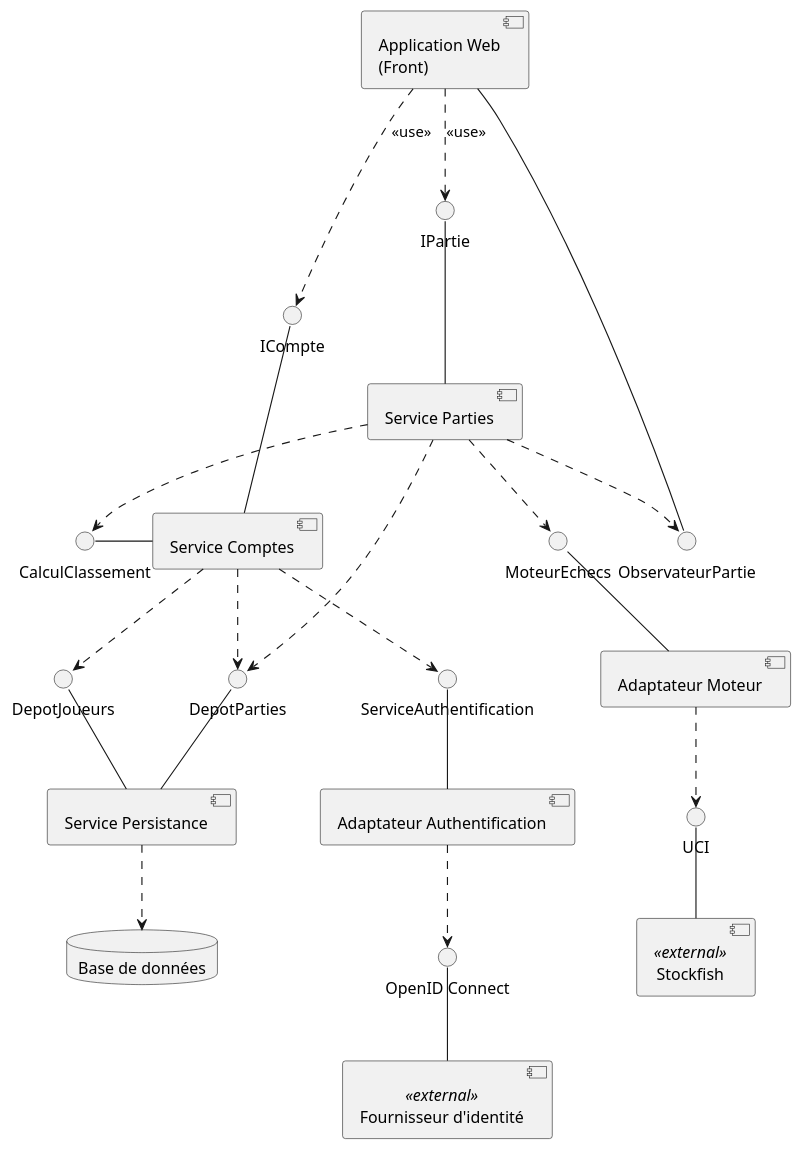
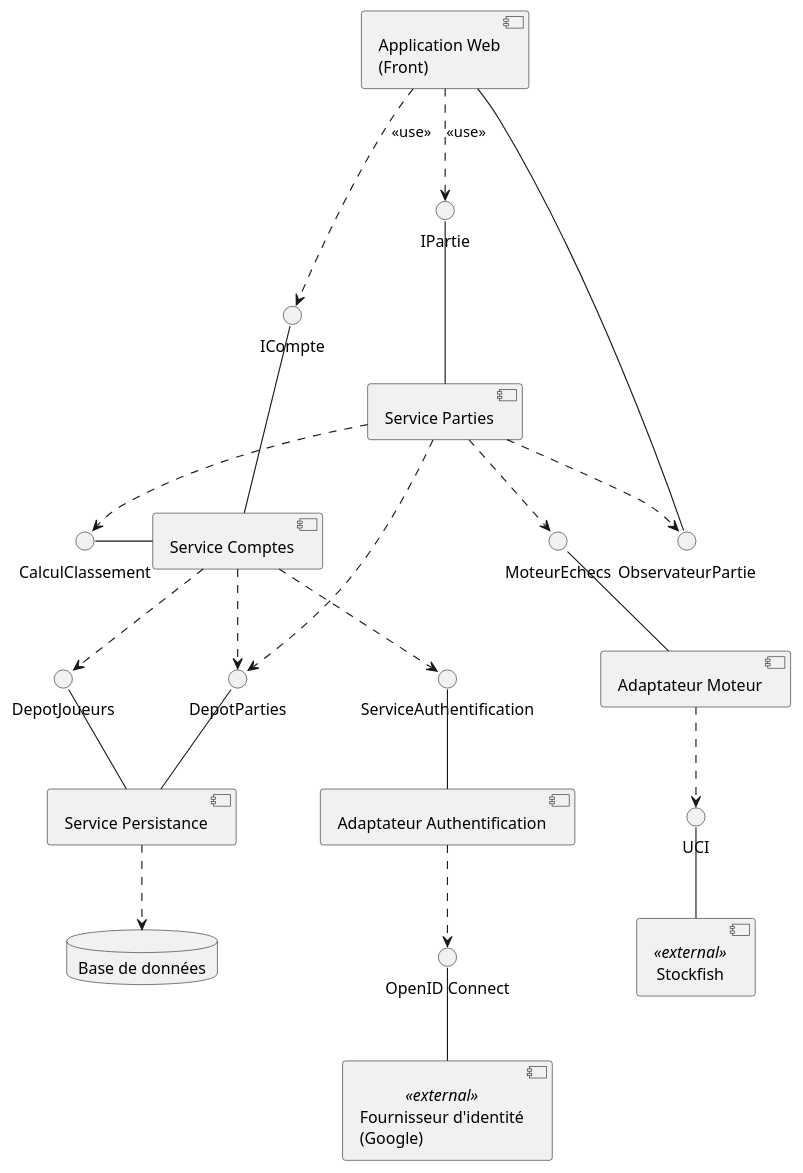
Before and after one commit to kevinBissouth/projet_echecs_tic315: the diagram in diagrams/composants-architecture.puml, drawn with PlantUML. The commit also changed 13 other files, not shown here.

Commit message:
docs: add the administrator role and google to the diagrams

```diff
--- a/diagrams/composants-architecture.puml
+++ b/diagrams/composants-architecture.puml
@@ -1,62 +1,62 @@
 @startuml composants-architecture
 ' Diagramme de composants (jalon J5), sur le modèle de la figure 12 du cours : des
 ' services qui se décrivent par leurs interfaces.
 ' Interface fournie : trait plein vers l'interface. Interface requise : flèche
 ' pointillée vers l'interface. Les dépendances entre composants passent par des
 ' interfaces, jamais par des classes internes (cours, §2.4.2).
 ' ObservateurPartie est le patron Observateur demandé par le sujet : ce sont les écrans
 ' des deux joueurs de la partie. Le système ne gère pas de spectateurs.
 
 skinparam componentStyle uml2
 skinparam nodesep 50
 skinparam ranksep 55
 
 component "Application Web\n(Front)" as Front
 component "Service Parties" as ServiceParties
 component "Service Comptes" as ServiceComptes
 component "Adaptateur Moteur" as AdaptateurMoteur
 component "Adaptateur Authentification" as AdaptateurAuthentification
 component "Service Persistance" as Persistance
 component "Stockfish" <<external>> as Stockfish
-component "Fournisseur d'identité" <<external>> as Fournisseur
+component "Fournisseur d'identité\n(Google)" <<external>> as Fournisseur
 database "Base de données" as Base
 
 interface "IPartie" as IPartie
 interface "ICompte" as ICompte
 interface "ObservateurPartie" as IObservateur
 interface "CalculClassement" as ICalcul
 interface "MoteurEchecs" as IMoteur
 interface "ServiceAuthentification" as IAuthentification
 interface "DepotParties" as IDepotParties
 interface "DepotJoueurs" as IDepotJoueurs
 interface "UCI" as Uci
 interface "OpenID Connect" as Oidc
 
 Front ..> IPartie : <<use>>
 Front ..> ICompte : <<use>>
 Front -right- IObservateur
 ServiceParties ..> IObservateur
 
 ServiceParties -up- IPartie
 ServiceComptes -up- ICompte
 ServiceComptes -left- ICalcul
 ServiceParties ..> ICalcul
 
 ServiceParties ..> IMoteur
 ServiceParties ..> IDepotParties
 ServiceComptes ..> IAuthentification
 ServiceComptes ..> IDepotJoueurs
 ServiceComptes ..> IDepotParties
 
 AdaptateurMoteur -up- IMoteur
 AdaptateurAuthentification -up- IAuthentification
 Persistance -up- IDepotParties
 Persistance -up- IDepotJoueurs
 
 AdaptateurMoteur ..> Uci
 Stockfish -up- Uci
 AdaptateurAuthentification ..> Oidc
 Fournisseur -up- Oidc
 Persistance ..> Base
 
 @enduml
```
